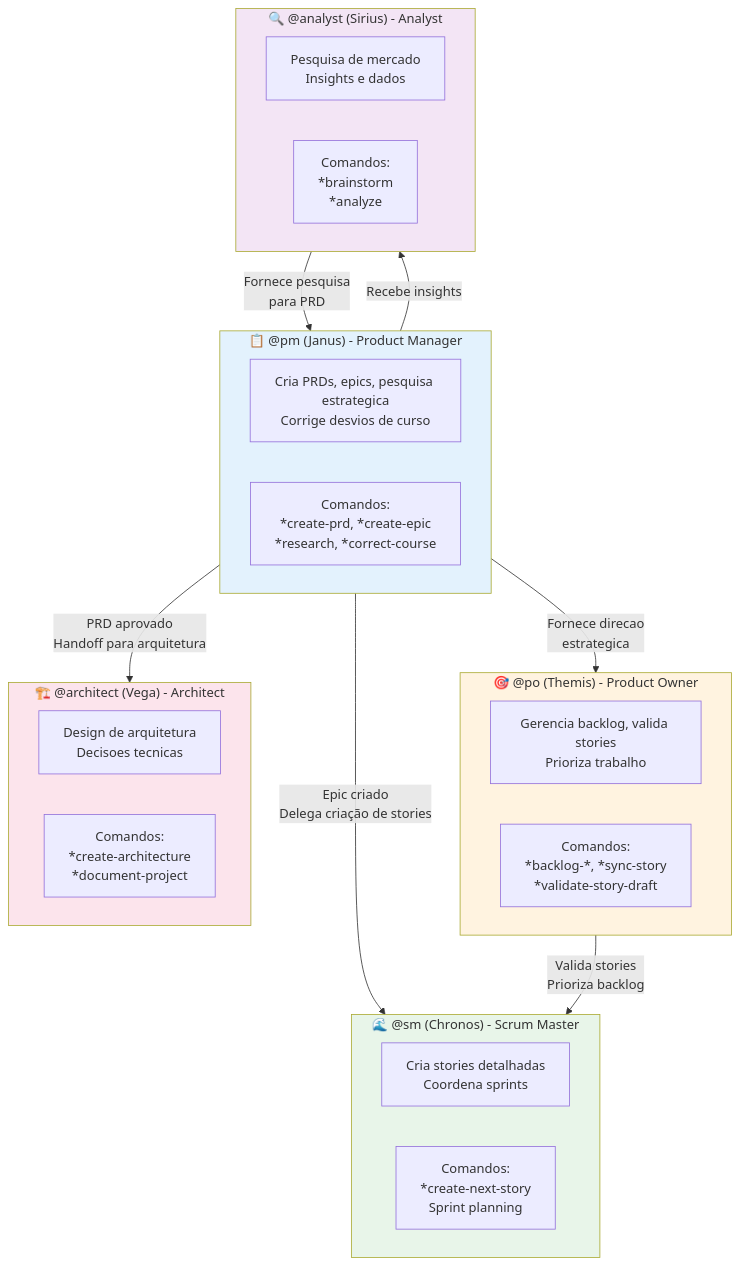
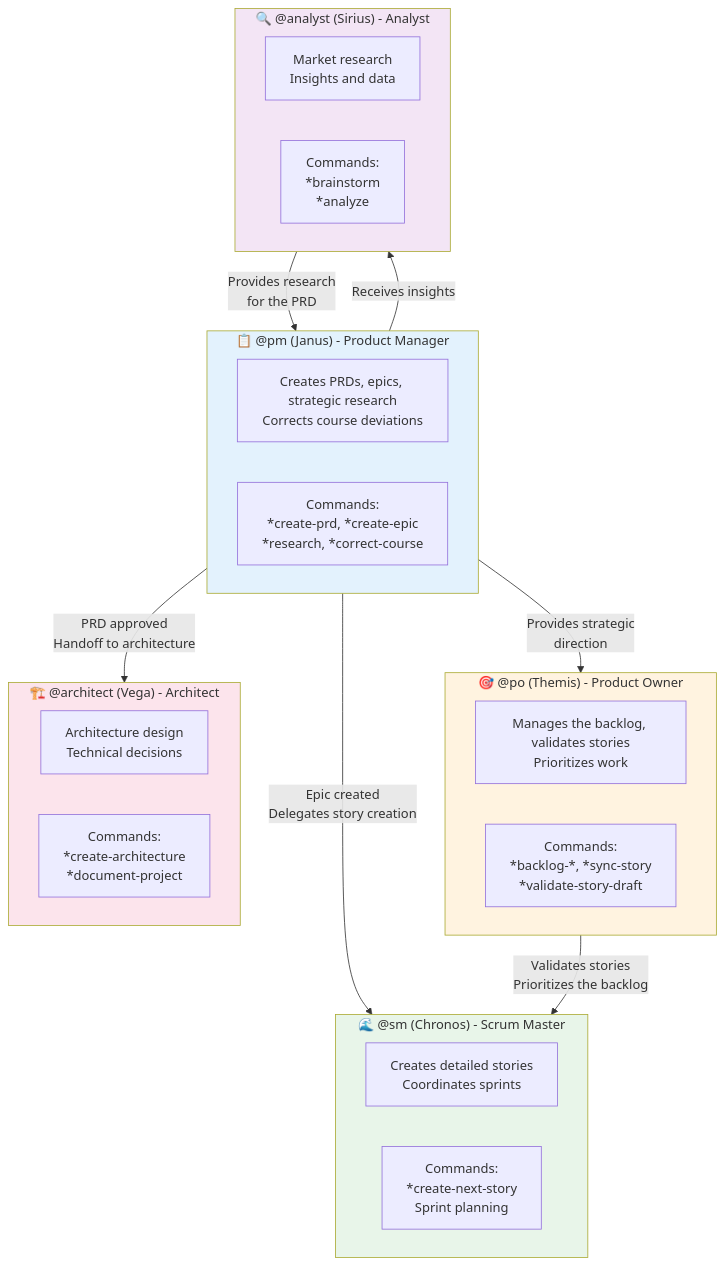
The seventh of 8 diagrams in docs/aexos-agent-flows/pm-system.md (CyryxLabs/AEXOS), drawn with Mermaid before and after one commit. The commit also changed other lines of this file and 528 other files, not shown here.

````diff
--- a/docs/aexos-agent-flows/pm-system.md
+++ b/docs/aexos-agent-flows/pm-system.md
@@ -459,41 +459,41 @@
 ```mermaid
 flowchart TB
     subgraph PM_BOX["📋 @pm (Janus) - Product Manager"]
-        PM_DESC["Cria PRDs, epics, pesquisa estrategica<br/>Corrige desvios de curso"]
-        PM_CMDS["Comandos:<br/>*create-prd, *create-epic<br/>*research, *correct-course"]
+        PM_DESC["Creates PRDs, epics, strategic research<br/>Corrects course deviations"]
+        PM_CMDS["Commands:<br/>*create-prd, *create-epic<br/>*research, *correct-course"]
     end
 
     subgraph PO_BOX["🎯 @po (Themis) - Product Owner"]
-        PO_DESC["Gerencia backlog, valida stories<br/>Prioriza trabalho"]
-        PO_CMDS["Comandos:<br/>*backlog-*, *sync-story<br/>*validate-story-draft"]
+        PO_DESC["Manages the backlog, validates stories<br/>Prioritizes work"]
+        PO_CMDS["Commands:<br/>*backlog-*, *sync-story<br/>*validate-story-draft"]
     end
 
     subgraph SM_BOX["🌊 @sm (Chronos) - Scrum Master"]
-        SM_DESC["Cria stories detalhadas<br/>Coordena sprints"]
-        SM_CMDS["Comandos:<br/>*create-next-story<br/>Sprint planning"]
+        SM_DESC["Creates detailed stories<br/>Coordinates sprints"]
+        SM_CMDS["Commands:<br/>*create-next-story<br/>Sprint planning"]
     end
 
     subgraph ARCHITECT_BOX["🏗️ @architect (Vega) - Architect"]
-        ARCH_DESC["Design de arquitetura<br/>Decisoes tecnicas"]
-        ARCH_CMDS["Comandos:<br/>*create-architecture<br/>*document-project"]
+        ARCH_DESC["Architecture design<br/>Technical decisions"]
+        ARCH_CMDS["Commands:<br/>*create-architecture<br/>*document-project"]
     end
 
     subgraph ANALYST_BOX["🔍 @analyst (Sirius) - Analyst"]
-        ANALYST_DESC["Pesquisa de mercado<br/>Insights e dados"]
-        ANALYST_CMDS["Comandos:<br/>*brainstorm<br/>*analyze"]
+        ANALYST_DESC["Market research<br/>Insights and data"]
+        ANALYST_CMDS["Commands:<br/>*brainstorm<br/>*analyze"]
     end
 
-    PM_BOX -->|"PRD aprovado<br/>Handoff para arquitetura"| ARCHITECT_BOX
-    PM_BOX -->|"Epic criado<br/>Delega criação de stories"| SM_BOX
-    PM_BOX -->|"Recebe insights"| ANALYST_BOX
-    PM_BOX -->|"Fornece direcao<br/>estrategica"| PO_BOX
+    PM_BOX -->|"PRD approved<br/>Handoff to architecture"| ARCHITECT_BOX
+    PM_BOX -->|"Epic created<br/>Delegates story creation"| SM_BOX
+    PM_BOX -->|"Receives insights"| ANALYST_BOX
+    PM_BOX -->|"Provides strategic<br/>direction"| PO_BOX
 
-    PO_BOX -->|"Valida stories<br/>Prioriza backlog"| SM_BOX
-    ANALYST_BOX -->|"Fornece pesquisa<br/>para PRD"| PM_BOX
+    PO_BOX -->|"Validates stories<br/>Prioritizes the backlog"| SM_BOX
+    ANALYST_BOX -->|"Provides research<br/>for the PRD"| PM_BOX
 
     style PM_BOX fill:#e3f2fd
     style PO_BOX fill:#fff3e0
     style SM_BOX fill:#e8f5e9
     style ARCHITECT_BOX fill:#fce4ec
     style ANALYST_BOX fill:#f3e5f5
 ```
````
